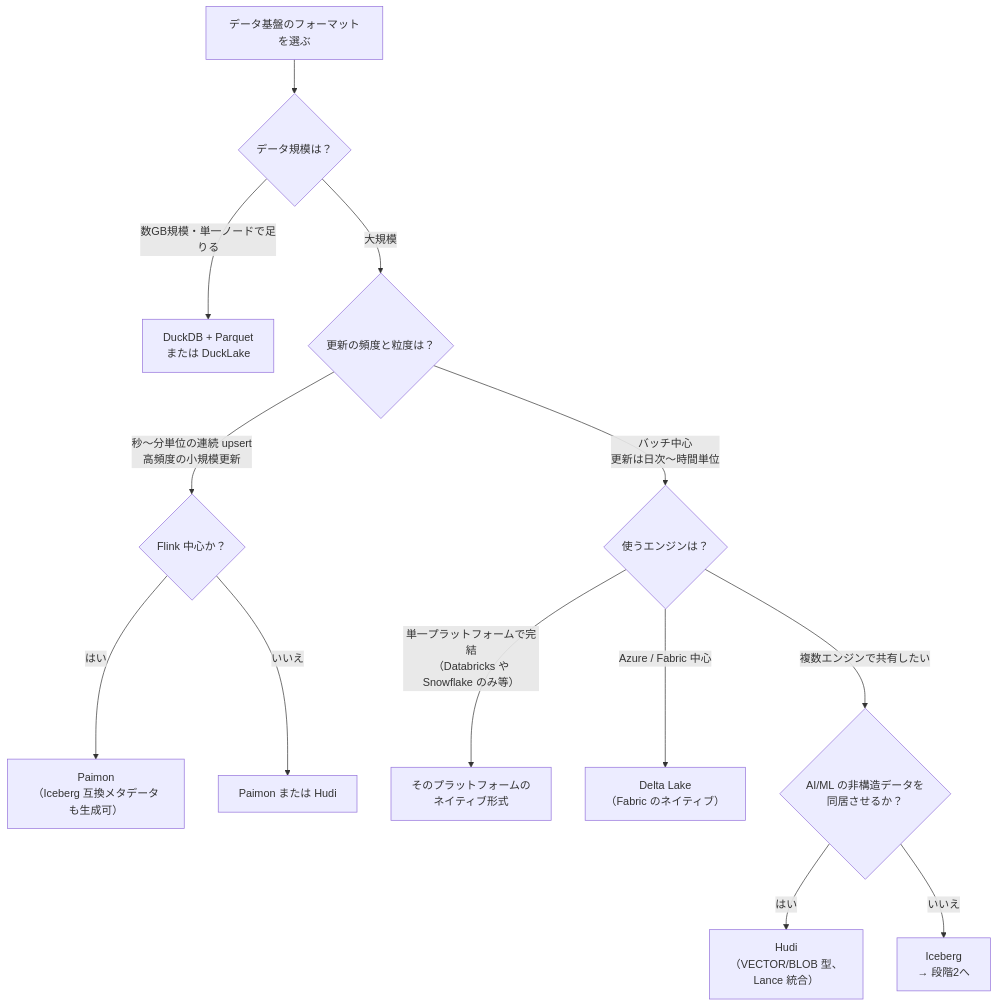
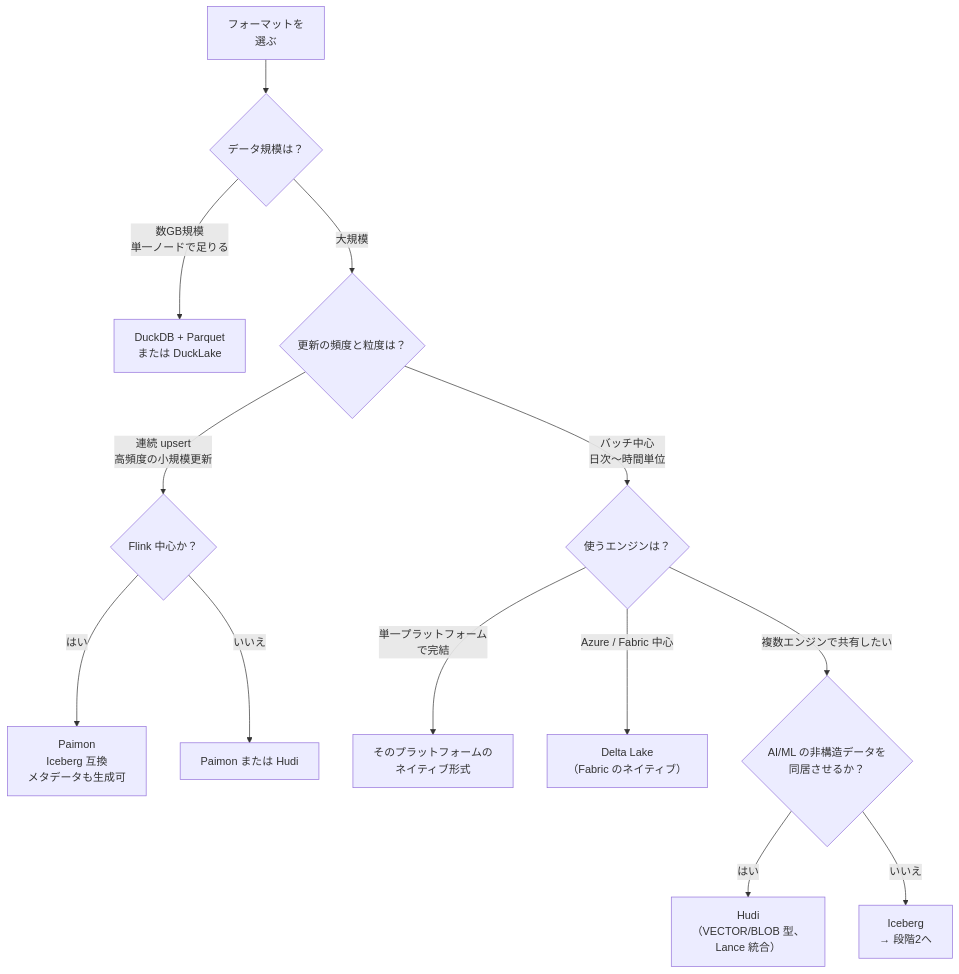
Before and after one commit to dobachi/iceberg-research: the first of 3 diagrams in docs/08-decision-guide.md, drawn with Mermaid. The commit also changed other lines of this file and 2 other files, not shown here.

Commit message:
Quarto で Mermaid 図が描画されない問題を修正
## 図がソースのまま表示されていた
Quarto は ```{mermaid}（波括弧）形式を図として処理するが、本報告書は
GitHub でも描画される ```mermaid 形式で書いている。そのため Quarto 出力
では class="mermaid" は付くものの mermaid.js が読み込まれず、コード
ブロックとして表示されていた。

_includes-mermaid.html を追加し、include-after-body で注入して
pre.mermaid を div.mermaid に変換のうえ mermaid.run() を呼ぶようにした。
GitHub 側の描画は従来どおり動く。

## 日本語ラベルの文字切れ
Mermaid は全角文字の幅計算が不正確で、ノードの箱からテキストがはみ出て
いた（「データ基盤のフォーマットを選ぶ」が「選」で切れる等）。
- htmlLabels: false にして SVG text で実測させる
- あわせて日本語ラベル自体を短縮・折り返し（最長は英数字の21字）

## 表示調整
useMaxWidth: true で本文幅に収め、広い画面では 115% まで許容して
縮小されすぎないようにした。

全ページで図が SVG 化されることをブラウザで確認済み。

````diff
--- a/docs/08-decision-guide.md
+++ b/docs/08-decision-guide.md
@@ -19,17 +19,17 @@
 ```mermaid
 flowchart TD
-    S["データ基盤のフォーマットを選ぶ"] --> Q1{"データ規模は？"}
-    Q1 -->|"数GB規模・単一ノードで足りる"| DL["DuckDB + Parquet<br/>または DuckLake"]
+    S["フォーマットを<br/>選ぶ"] --> Q1{"データ規模は？"}
+    Q1 -->|"数GB規模<br/>単一ノードで足りる"| DL["DuckDB + Parquet<br/>または DuckLake"]
     Q1 -->|"大規模"| Q2{"更新の頻度と粒度は？"}
 
-    Q2 -->|"秒〜分単位の連続 upsert<br/>高頻度の小規模更新"| Q3{"Flink 中心か？"}
-    Q3 -->|"はい"| PA["Paimon<br/>（Iceberg 互換メタデータも生成可）"]
+    Q2 -->|"連続 upsert<br/>高頻度の小規模更新"| Q3{"Flink 中心か？"}
+    Q3 -->|"はい"| PA["Paimon<br/>Iceberg 互換<br/>メタデータも生成可"]
     Q3 -->|"いいえ"| PH["Paimon または Hudi"]
 
-    Q2 -->|"バッチ中心<br/>更新は日次〜時間単位"| Q4{"使うエンジンは？"}
-    Q4 -->|"単一プラットフォームで完結<br/>（Databricks や<br/>Snowflake のみ等）"| NA["そのプラットフォームの<br/>ネイティブ形式"]
+    Q2 -->|"バッチ中心<br/>日次〜時間単位"| Q4{"使うエンジンは？"}
+    Q4 -->|"単一プラットフォーム<br/>で完結"| NA["そのプラットフォームの<br/>ネイティブ形式"]
     Q4 -->|"Azure / Fabric 中心"| DE["Delta Lake<br/>（Fabric のネイティブ）"]
     Q4 -->|"複数エンジンで共有したい"| Q5{"AI/ML の非構造データを<br/>同居させるか？"}
     Q5 -->|"はい"| HU["Hudi<br/>（VECTOR/BLOB 型、<br/>Lance 統合）"]
     Q5 -->|"いいえ"| IC["Iceberg<br/>→ 段階2へ"]
 ```
````
